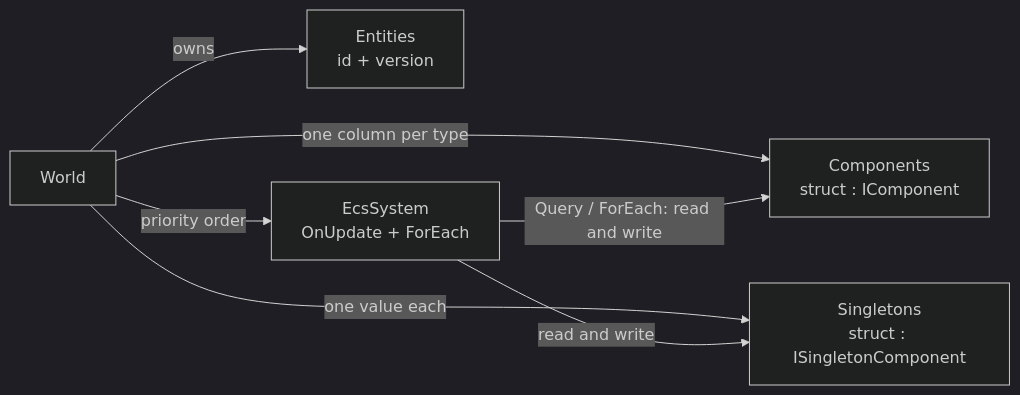
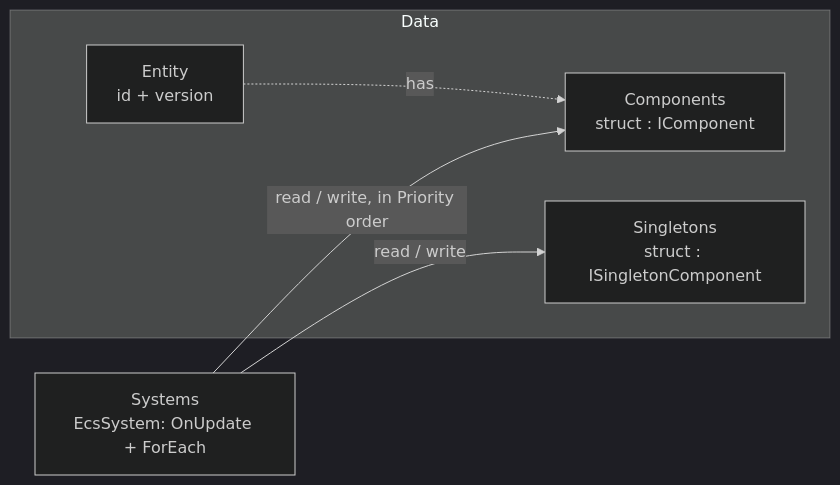
The diagram in README.md (JasonXuDeveloper/EasyEcs), drawn with Mermaid (dark theme) before and after one commit. The commit also changed other lines of this file and 16 other files, not shown here.

````diff
--- a/README.md
+++ b/README.md
@@ -87,9 +95,12 @@
 ```mermaid
 flowchart LR
-    W[World] -->|owns| E[Entities<br/>id + version]
-    W -->|one column per type| C[Components<br/>struct : IComponent]
-    W -->|one value each| S[Singletons<br/>struct : ISingletonComponent]
-    W -->|priority order| Y[EcsSystem<br/>OnUpdate + ForEach]
-    Y -->|Query / ForEach: read and write| C
-    Y -->|read and write| S
+    subgraph Data
+        E[Entity<br/>id + version]
+        C[Components<br/>struct : IComponent]
+        S[Singletons<br/>struct : ISingletonComponent]
+    end
+    Y[Systems<br/>EcsSystem: OnUpdate + ForEach]
+    E -.->|has| C
+    Y -->|read / write, in Priority order| C
+    Y -->|read / write| S
 ```
````
